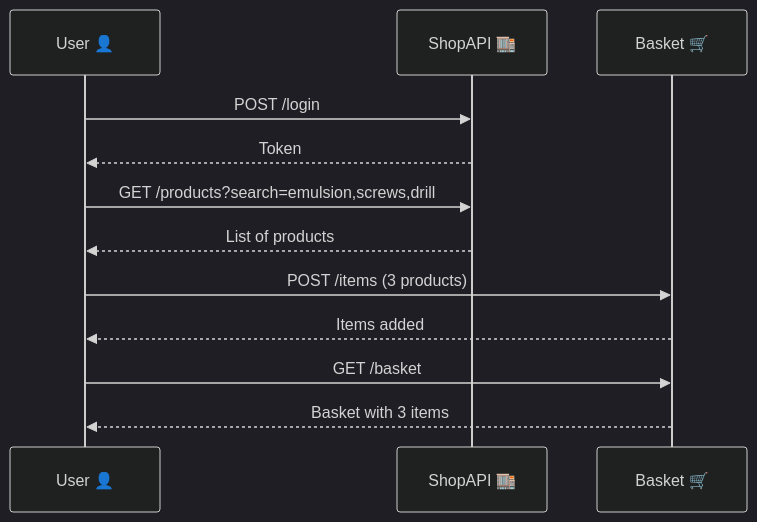
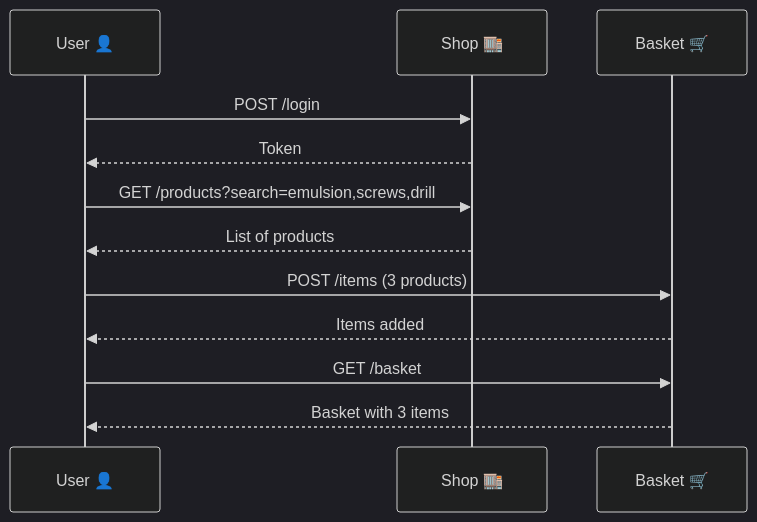
The diagram in workshop-sequence.md (edwardwillis/corepython), drawn with Mermaid (dark theme) before and after one commit.

Commit message:
Rename ShopAPI to Shop in sequence diagram

````diff
--- a/workshop-sequence.md
+++ b/workshop-sequence.md
@@ -1,18 +1,19 @@
 ```mermaid
 sequenceDiagram
     participant User 👤
-    participant ShopAPI 🏬
+    participant Shop 🏬
     participant Basket 🛒
 
-    User 👤->>ShopAPI 🏬: POST /login
-    ShopAPI 🏬-->>User 👤: Token
+    User 👤->>Shop 🏬: POST /login
+    Shop 🏬-->>User 👤: Token
 
-    User 👤->>ShopAPI 🏬: GET /products?search=emulsion,screws,drill
-    ShopAPI 🏬-->>User 👤: List of products
+    User 👤->>Shop 🏬: GET /products?search=emulsion,screws,drill
+    Shop 🏬-->>User 👤: List of products
 
     User 👤->>Basket 🛒: POST /items (3 products)
     Basket 🛒-->>User 👤: Items added
 
     User 👤->>Basket 🛒: GET /basket
     Basket 🛒-->>User 👤: Basket with 3 items
+
 ```
````
